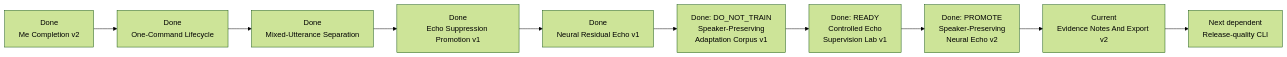
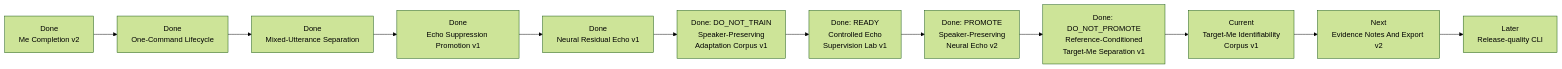
The second of 4 diagrams in docs/roadmap/murmurmark-cli-roadmap.md (asukhodko/murmurmark), drawn with Mermaid (forest theme) before and after one commit. The commit also changed other lines of this file and 31 other files, not shown here.

Commit message:
feat: evaluate target-me separation and bound resource use

````diff
--- a/docs/roadmap/murmurmark-cli-roadmap.md
+++ b/docs/roadmap/murmurmark-cli-roadmap.md
@@ -122,15 +111,17 @@
 ```mermaid
 flowchart LR
     P["Done<br/>Me Completion v2"]
     L["Done<br/>One-Command Lifecycle"]
     A["Done<br/>Mixed-Utterance Separation"]
     B["Done<br/>Echo Suppression Promotion v1"]
     N["Done<br/>Neural Residual Echo v1"]
     S["Done: DO_NOT_TRAIN<br/>Speaker-Preserving<br/>Adaptation Corpus v1"]
     C["Done: READY<br/>Controlled Echo<br/>Supervision Lab v1"]
     E["Done: PROMOTE<br/>Speaker-Preserving<br/>Neural Echo v2"]
-    H["Current<br/>Evidence Notes And Export v2"]
-    D["Next dependent<br/>Release-quality CLI"]
+    X["Done: DO_NOT_PROMOTE<br/>Reference-Conditioned<br/>Target-Me Separation v1"]
+    I["Current<br/>Target-Me Identifiability<br/>Corpus v1"]
+    H["Next<br/>Evidence Notes And Export v2"]
+    D["Later<br/>Release-quality CLI"]
 
-    P --> L --> A --> B --> N --> S --> C --> E --> H --> D
+    P --> L --> A --> B --> N --> S --> C --> E --> X --> I --> H --> D
 ```
````
